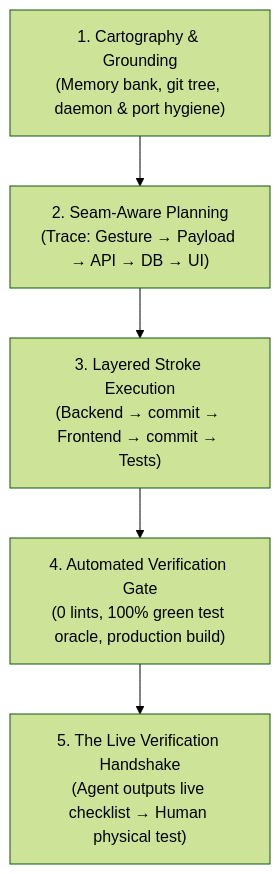
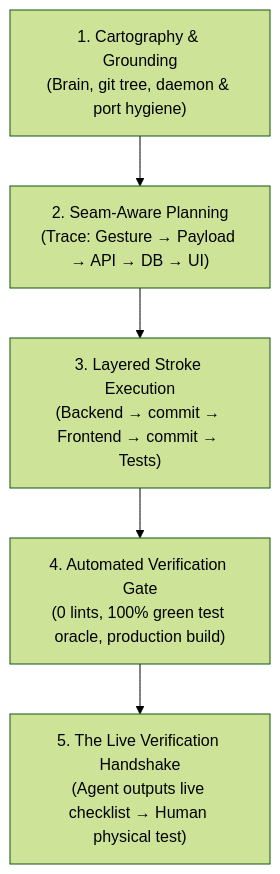
Before and after one commit to ClawStackStudios/ShellGuard: the diagram in .agents/rules/project-hygiene.md, drawn with Mermaid (forest theme). The commit also changed other lines of this file and 50 other files, not shown here.

First line of the commit message:
refactor(brain): migrate to antigravity brain architecture

````diff
--- a/.agents/rules/project-hygiene.md
+++ b/.agents/rules/project-hygiene.md
@@ -13,7 +13,7 @@
 ```mermaid
 flowchart TD
-    P1["1. Cartography & Grounding\n(Memory bank, git tree, daemon & port hygiene)"] --> P2["2. Seam-Aware Planning\n(Trace: Gesture → Payload → API → DB → UI)"]
+    P1["1. Cartography & Grounding\n(Brain, git tree, daemon & port hygiene)"] --> P2["2. Seam-Aware Planning\n(Trace: Gesture → Payload → API → DB → UI)"]
     P2 --> P3["3. Layered Stroke Execution\n(Backend → commit → Frontend → commit → Tests)"]
     P3 --> P4["4. Automated Verification Gate\n(0 lints, 100% green test oracle, production build)"]
     P4 --> P5["5. The Live Verification Handshake\n(Agent outputs live checklist → Human physical test)"]
 ```
````
